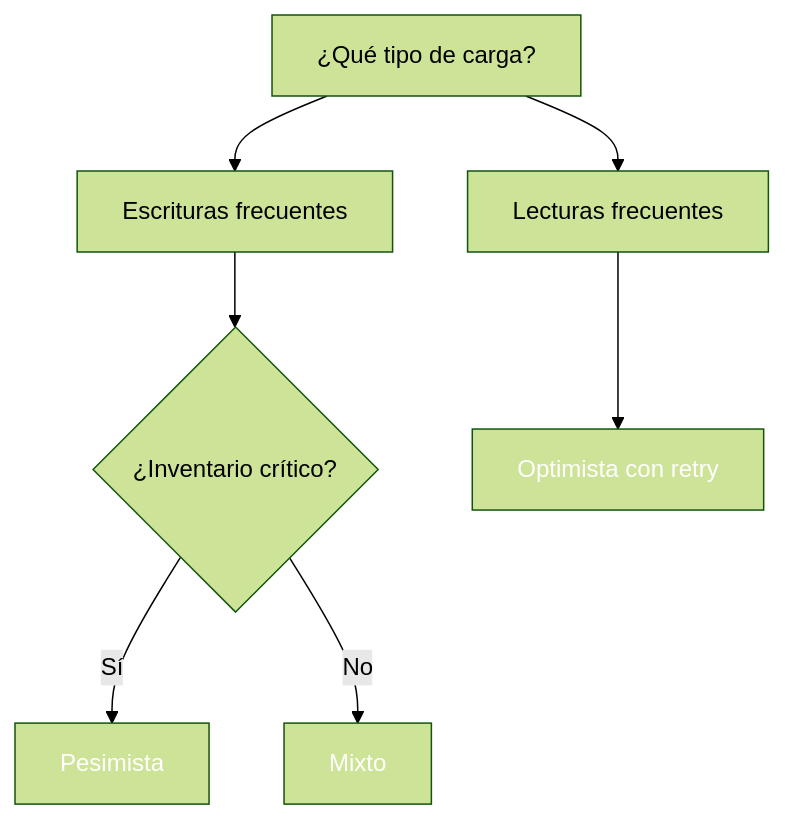
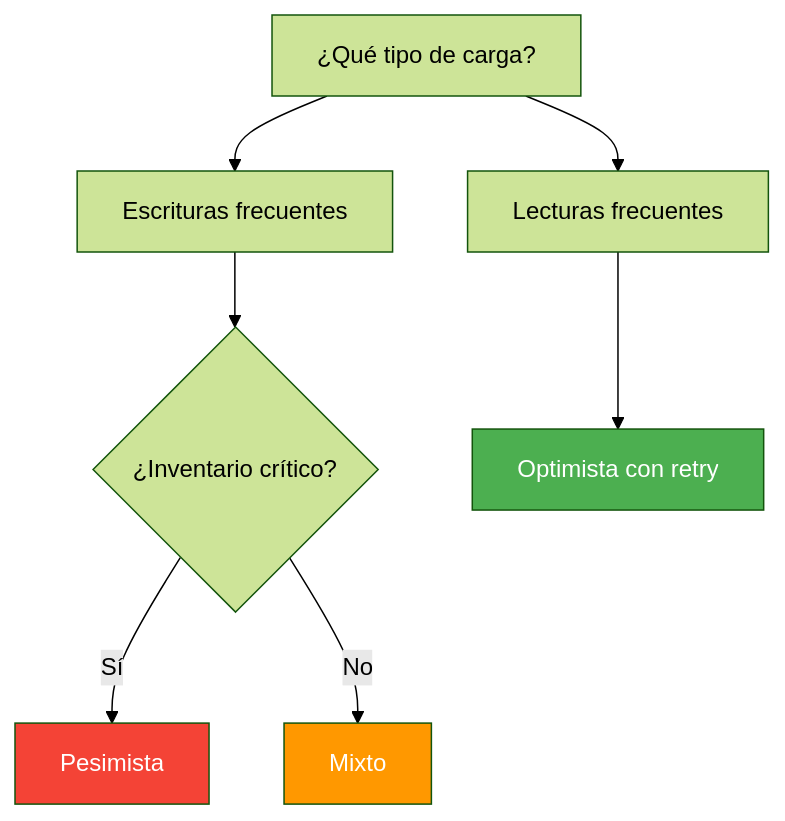
One commit to joseluisgs/DesarrolloWebEntornosServidor-02-2026-2027 changed the seventh of 8 diagrams in 15-transacciones-identificadores.md. Above: the diagram before and after it, drawn with Mermaid (forest theme). The commit also changed other lines of this file and 29 other files, not shown here.

Commit message:
docs: corregir estilos Mermaid y estilo, quitar referencias a la Tienda y reestructurar los retos 13 y 15

````diff
--- a/15-transacciones-identificadores.md
+++ b/15-transacciones-identificadores.md
@@ -334,12 +337,12 @@
 ```mermaid
 flowchart TD
     A["¿Qué tipo de carga?"] --> B["Escrituras frecuentes"]
     A --> C["Lecturas frecuentes"]
     B --> D{"¿Inventario crítico?"}
     D -->|Sí| E["Pesimista"]
     D -->|No| F["Mixto"]
     C --> G["Optimista con retry"]
-    style E fill:#F4433,color:#fff6,color:#fff
-    style F fill:#FF980,color:#fff0,color:#fff
-    style G fill:#4CAF5,color:#fff0,color:#fff
+    style E fill:#F44336,color:#fff
+    style F fill:#FF9800,color:#fff
+    style G fill:#4CAF50,color:#fff
 ```
````
